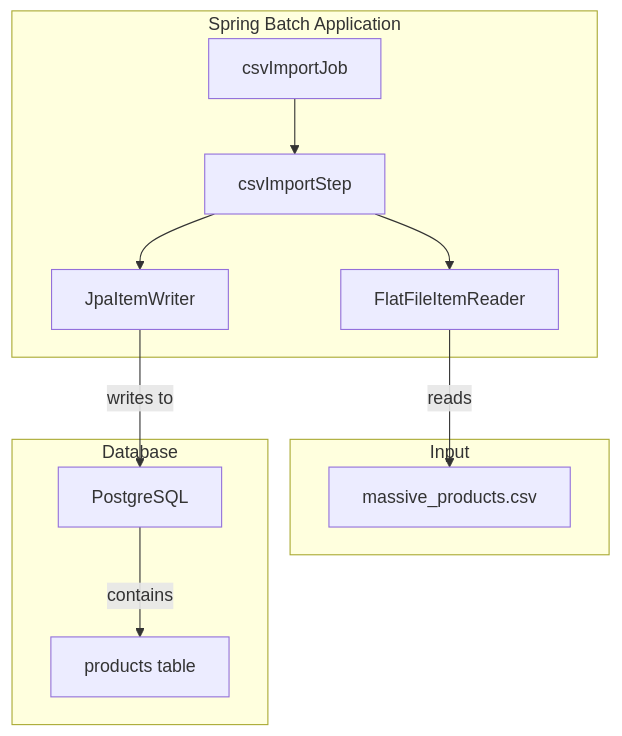
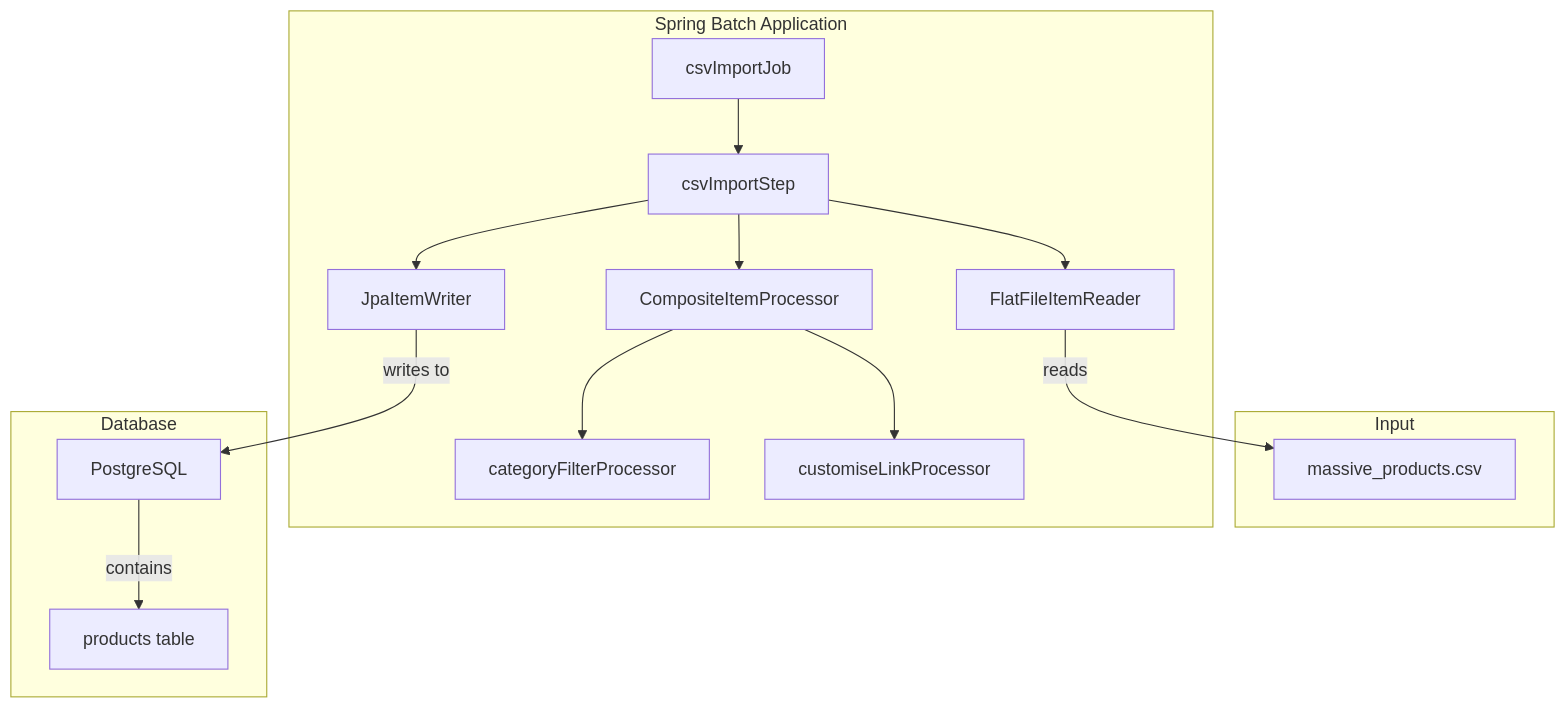
The diagram in README.md (longineers/batcher), drawn with Mermaid before and after one commit. The commit also changed other lines of this file and 3 other files, not shown here.

First line of the commit message:
Feat: Add customise link generation and update docs

````diff
--- a/README.md
+++ b/README.md
@@ -15,26 +15,32 @@
 ```mermaid
 graph TD
     subgraph "Input"
         A[massive_products.csv]
     end
 
     subgraph "Spring Batch Application"
         B[csvImportJob]
         C[csvImportStep]
         D[FlatFileItemReader]
+        H[CompositeItemProcessor]
+        I[categoryFilterProcessor]
+        J[customiseLinkProcessor]
         E[JpaItemWriter]
 
         B --> C;
         C --> D;
+        C --> H;
         C --> E;
         D -- reads --> A;
+        H --> I;
+        H --> J;
     end
 
     subgraph "Database"
         F[PostgreSQL]
         G[products table]
 
         E -- writes to --> F;
         F -- contains --> G;
     end
 ```
````
